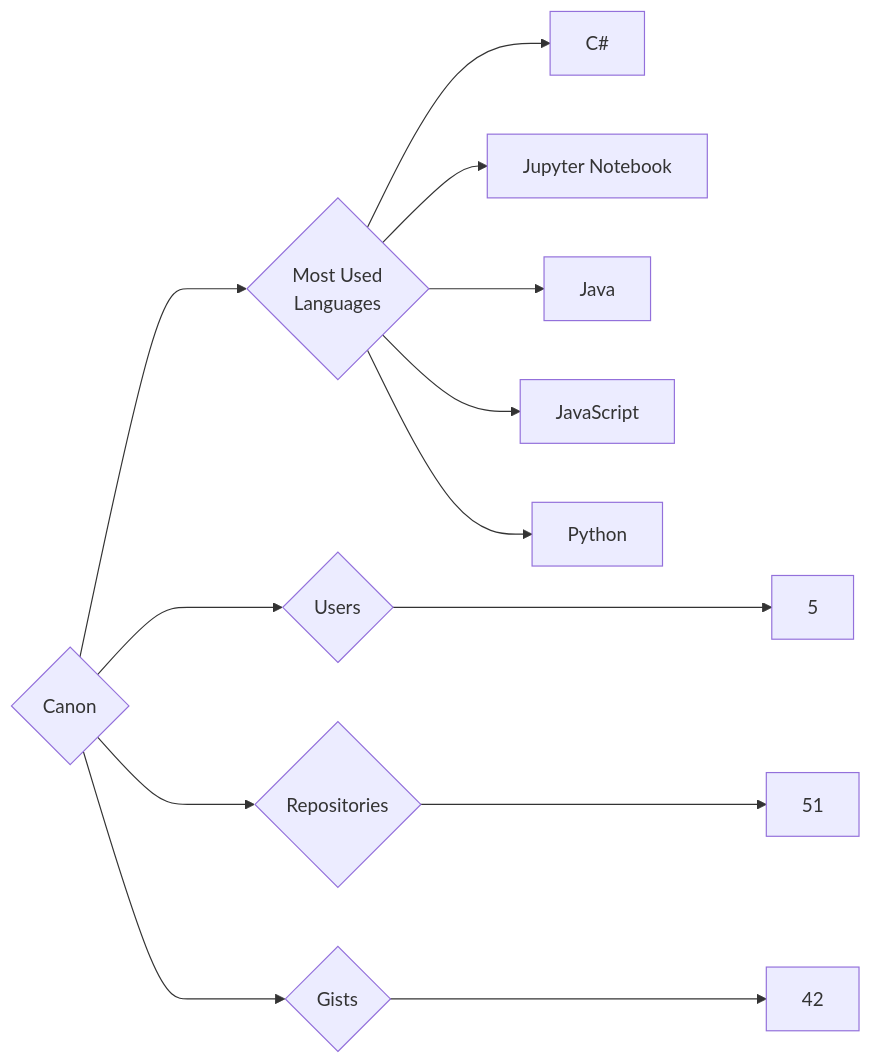
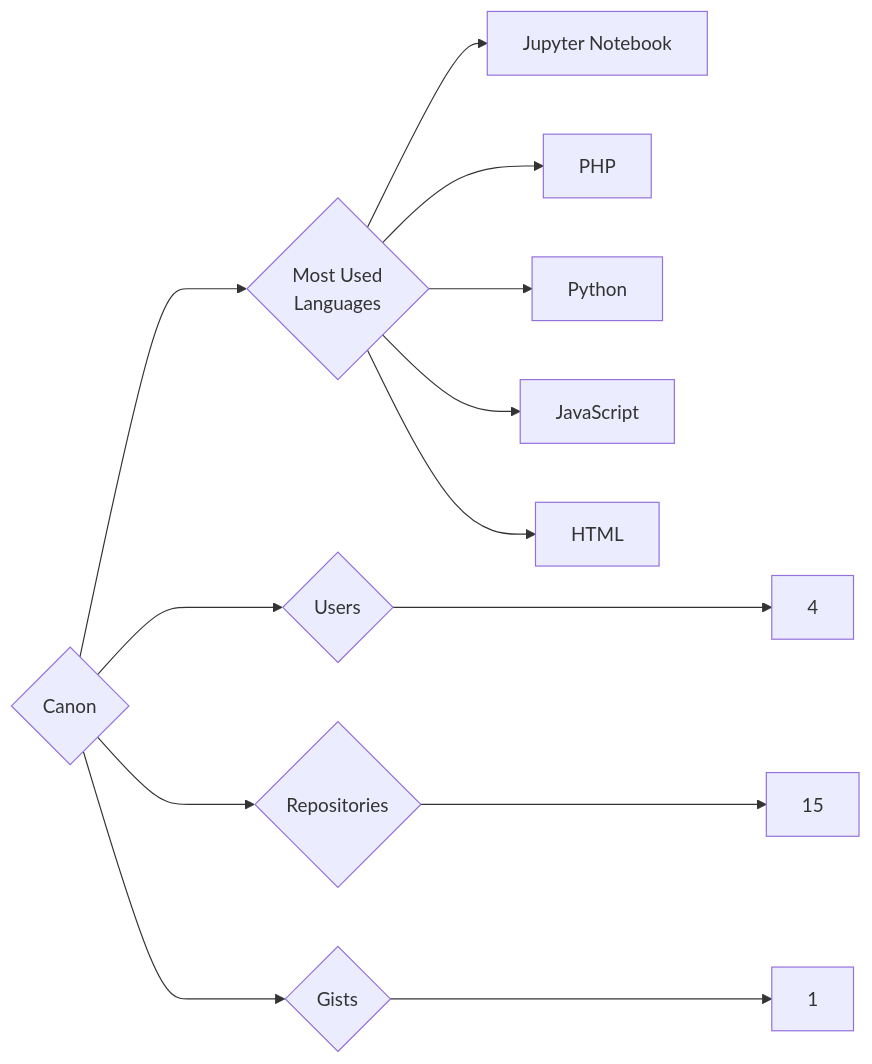
The diagram in targets/Canon/README.md (trickest/insiders), drawn with Mermaid before and after one commit. The commit also changed 1120 other files, not shown here.

````diff
--- a/targets/Canon/README.md
+++ b/targets/Canon/README.md
@@ -3,13 +3,13 @@
 ```mermaid
 graph LR
 COMPANY_NAME{Canon}
-COMPANY_NAME ---> U{Users} ---> UN[5]
-COMPANY_NAME ---> R{Repositories} ---> RN[51]
-COMPANY_NAME ---> G{Gists} ---> GN[42]
+COMPANY_NAME ---> U{Users} ---> UN[4]
+COMPANY_NAME ---> R{Repositories} ---> RN[15]
+COMPANY_NAME ---> G{Gists} ---> GN[1]
 COMPANY_NAME ---> ML{Most Used<br>Languages}
-ML --> C#[C#]
 ML --> Jupyter_Notebook[Jupyter Notebook]
-ML --> Java[Java]
+ML --> PHP[PHP]
+ML --> Python[Python]
 ML --> JavaScript[JavaScript]
-ML --> Python[Python]
+ML --> HTML[HTML]
 ```
````
